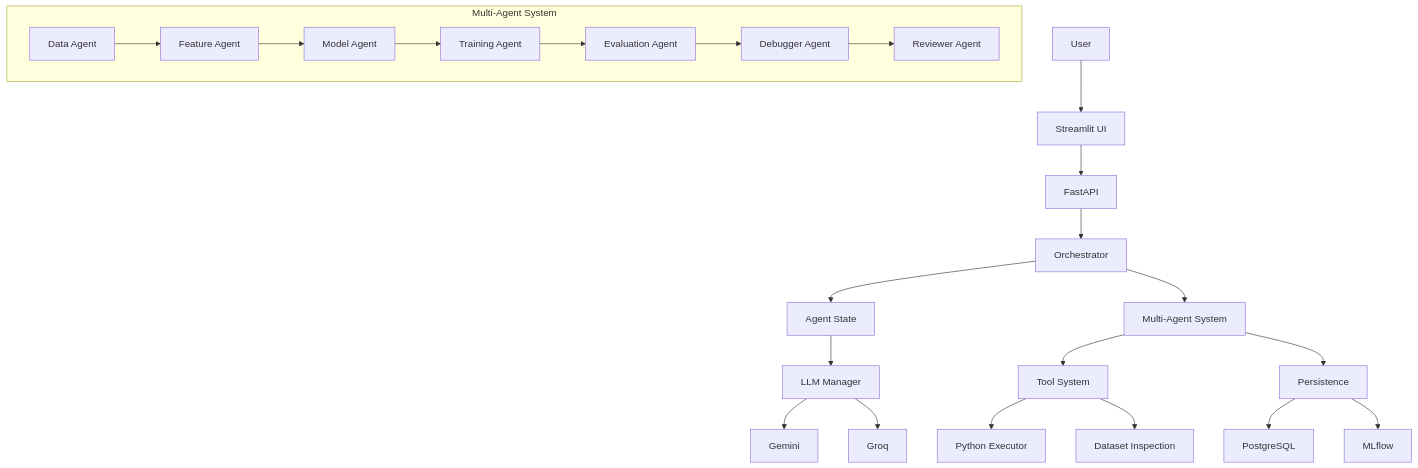
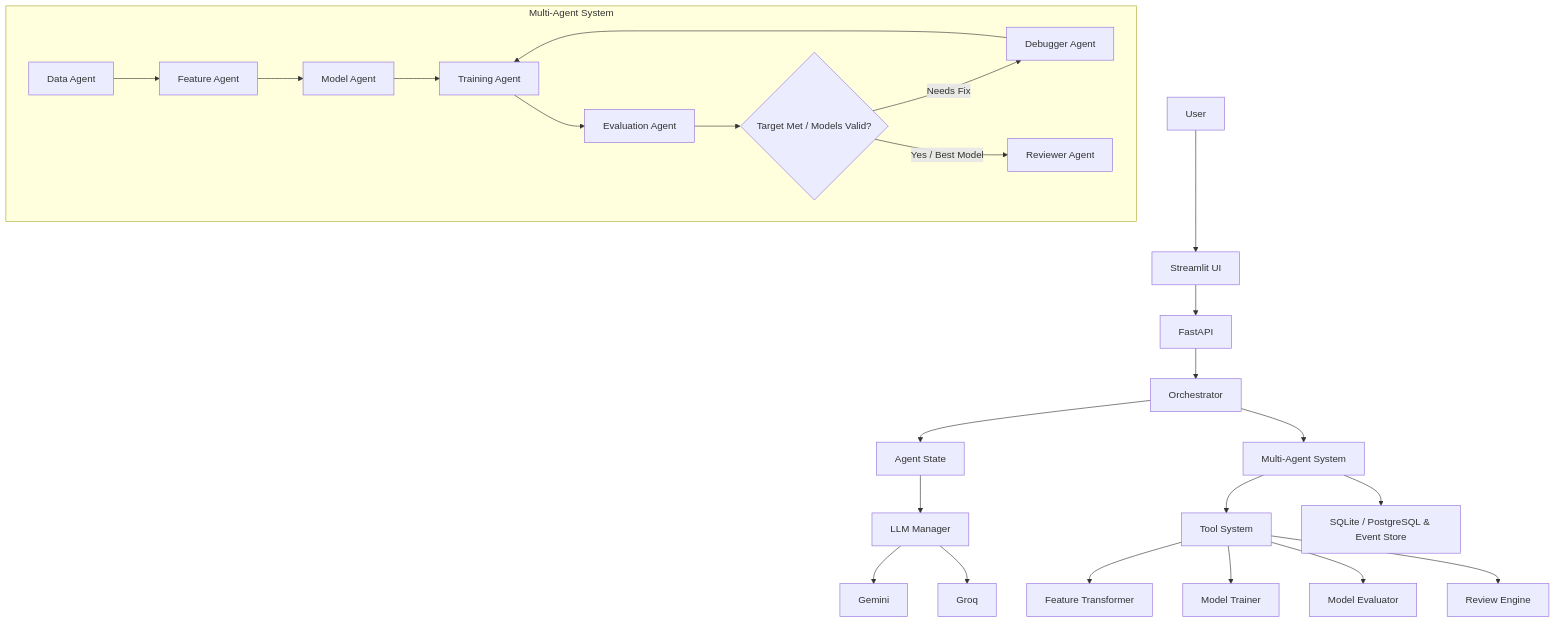
Before and after one commit to Devadn11206/MULTI_AI_AGENTS: the diagram in README.md, drawn with Mermaid. The commit also changed other lines of this file, not shown here.

Commit message:
docs: update README with multi-agent architecture, live observability, and setup instructions

````diff
--- a/README.md
+++ b/README.md
@@ -34,30 +33,34 @@
 ```mermaid
 graph TD
     User --> Streamlit[Streamlit UI]
     Streamlit --> FastAPI
     FastAPI --> Orchestrator
     
     Orchestrator --> State[Agent State]
     State --> LLM[LLM Manager]
     LLM --> Gemini
     LLM --> Groq
     
     Orchestrator --> MAS[Multi-Agent System]
     
     subgraph Multi-Agent System
         DA[Data Agent] --> FE[Feature Agent]
         FE --> MA[Model Agent]
         MA --> TA[Training Agent]
         TA --> EA[Evaluation Agent]
-        EA --> DB[Debugger Agent]
-        DB --> RV[Reviewer Agent]
+        EA --> Req{Target Met / Models Valid?}
+        
+        Req -->|Needs Fix| DB[Debugger Agent]
+        DB --> TA
+        
+        Req -->|Yes / Best Model| RV[Reviewer Agent]
     end
     
     MAS --> TS[Tool System]
-    TS --> Python[Python Executor]
-    TS --> Pandas[Dataset Inspection]
+    TS --> FeatureTransformer[Feature Transformer]
+    TS --> ModelTrainer[Model Trainer]
+    TS --> ModelEvaluator[Model Evaluator]
+    TS --> ReviewEngine[Review Engine]
     
-    MAS --> Persistence
-    Persistence --> PostgreSQL
-    Persistence --> MLflow
+    MAS --> Persistence[SQLite / PostgreSQL & Event Store]
 ```
````
